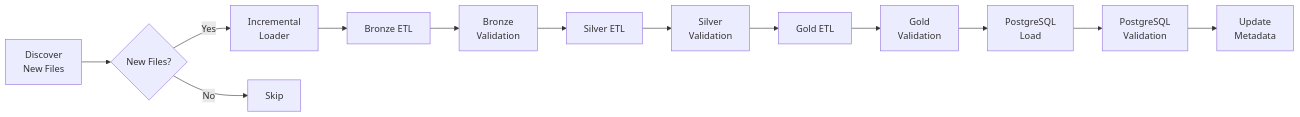
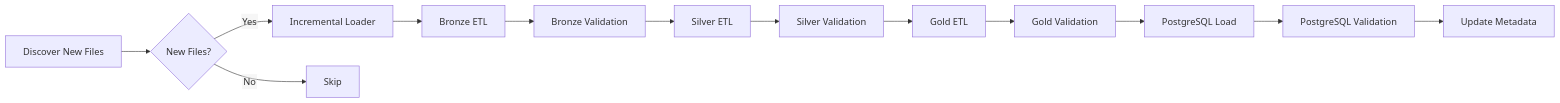
One commit to ojeshwigautam/DataLakehouse-Platform changed the second of 4 diagrams in docs/Architecture.md. Above: the diagram before and after it, drawn with Mermaid. The commit also changed other lines of this file and 3 other files, not shown here.

Commit message:
docs: add comprehensive project documentation and architecture guides

````diff
--- a/docs/Architecture.md
+++ b/docs/Architecture.md
@@ -222,15 +223,16 @@
 ```mermaid
+%%{init: {"flowchart": {"htmlLabels": false}} }%%
 flowchart LR
-    DISCOVER[Discover<br/>New Files] --> CHOICE{New Files?}
-    CHOICE -->|Yes| INCREMENTAL[Incremental<br/>Loader]
+    DISCOVER[Discover New Files] --> CHOICE{New Files?}
+    CHOICE -->|Yes| INCREMENTAL[Incremental Loader]
     CHOICE -->|No| SKIP[Skip]
     INCREMENTAL --> BRONZE[Bronze ETL]
-    BRONZE --> BRONZE_VAL[Bronze<br/>Validation]
+    BRONZE --> BRONZE_VAL[Bronze Validation]
     BRONZE_VAL --> SILVER[Silver ETL]
-    SILVER --> SILVER_VAL[Silver<br/>Validation]
+    SILVER --> SILVER_VAL[Silver Validation]
     SILVER_VAL --> GOLD[Gold ETL]
-    GOLD --> GOLD_VAL[Gold<br/>Validation]
-    GOLD_VAL --> PG[PostgreSQL<br/>Load]
-    PG --> PG_VAL[PostgreSQL<br/>Validation]
-    PG_VAL --> METADATA[Update<br/>Metadata]
+    GOLD --> GOLD_VAL[Gold Validation]
+    GOLD_VAL --> PG[PostgreSQL Load]
+    PG --> PG_VAL[PostgreSQL Validation]
+    PG_VAL --> METADATA[Update Metadata]
 ```
````
